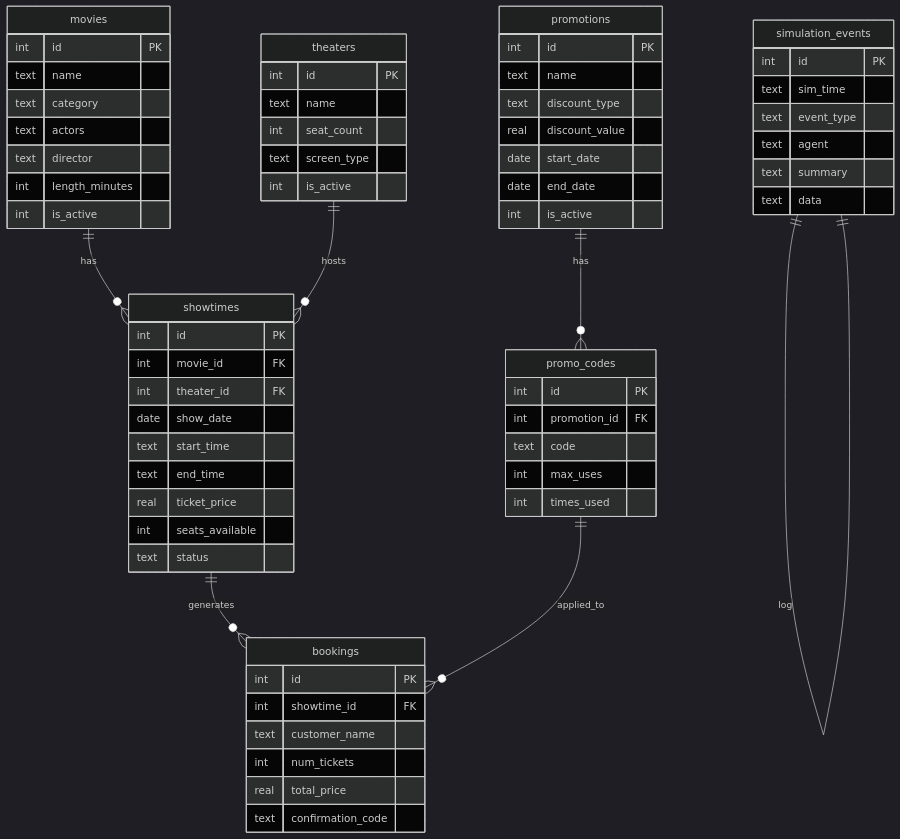
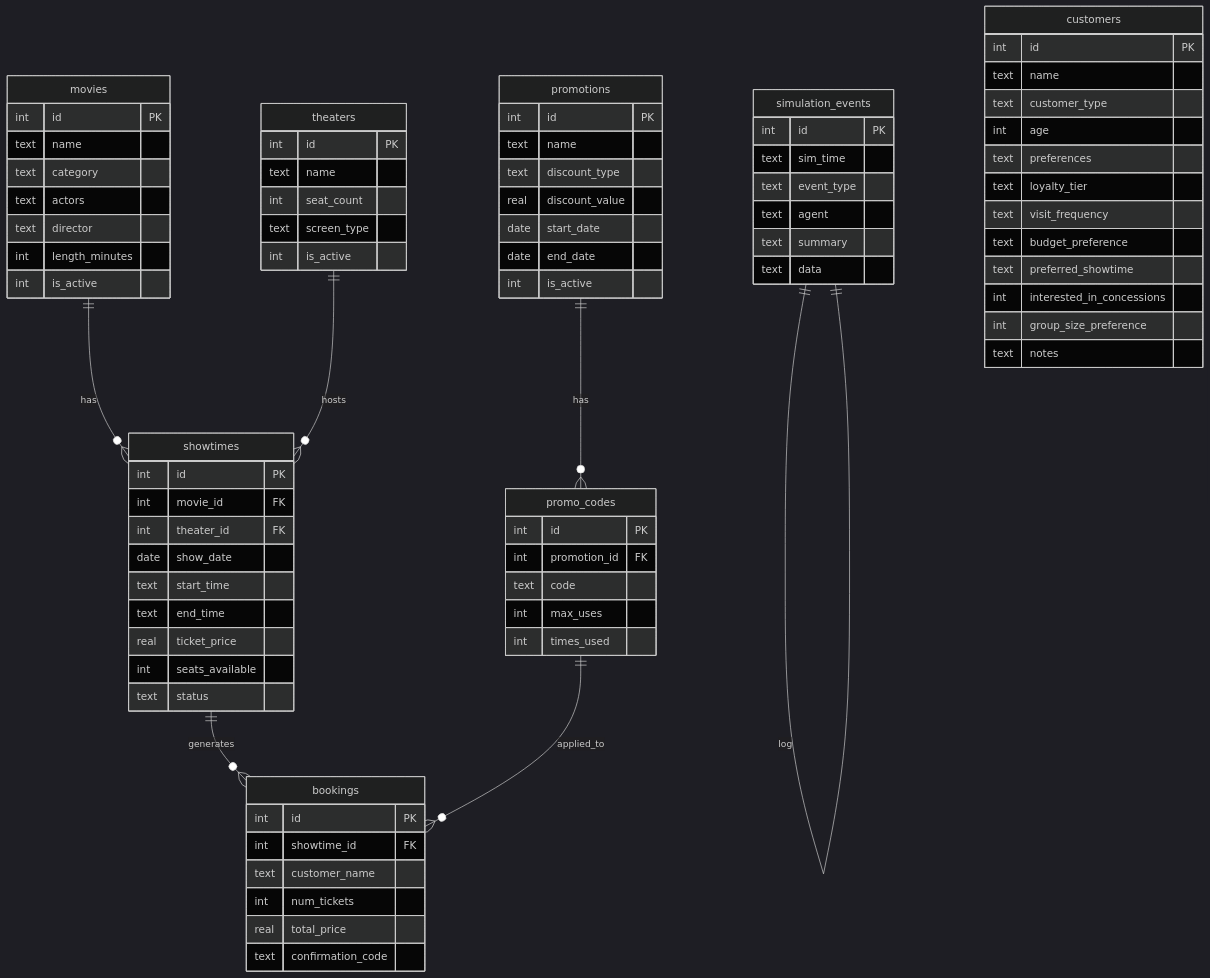
Before and after one commit to HeyChriss/team_23: the third of 3 diagrams in ARCHITECTURE.md, drawn with Mermaid (dark theme). The commit also changed other lines of this file and 1 other file, not shown here.

````diff
--- a/ARCHITECTURE.md
+++ b/ARCHITECTURE.md
@@ -249,4 +263,19 @@
         text summary
         text data
     }
+
+    customers {
+        int id PK
+        text name
+        text customer_type
+        int age
+        text preferences
+        text loyalty_tier
+        text visit_frequency
+        text budget_preference
+        text preferred_showtime
+        int interested_in_concessions
+        int group_size_preference
+        text notes
+    }
 ```
````
